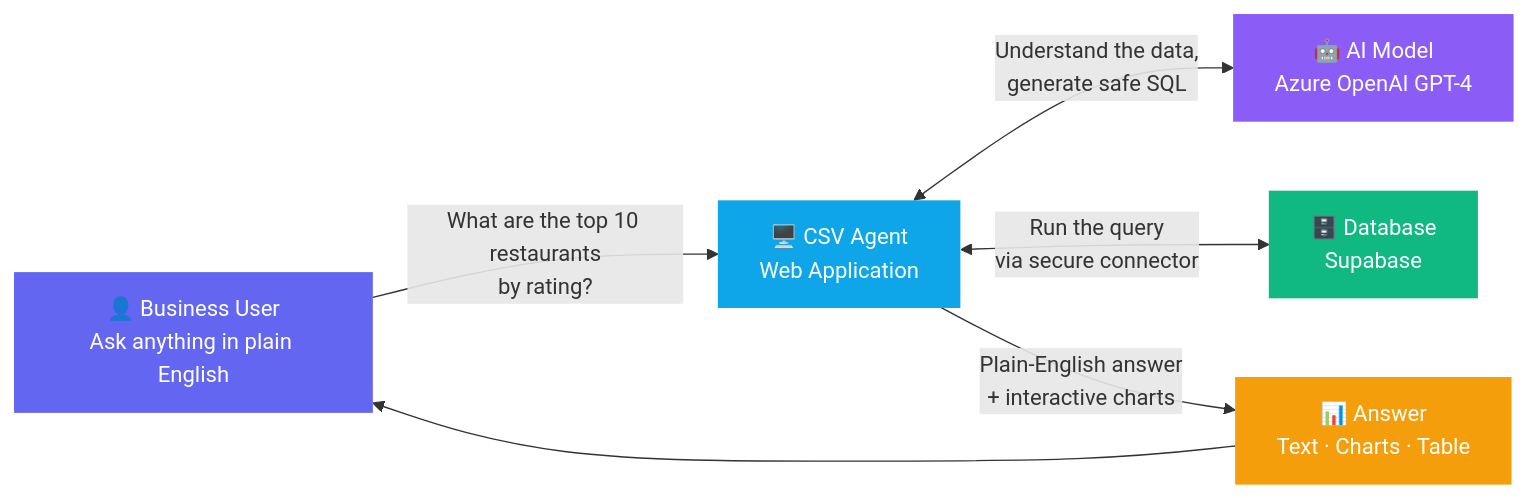
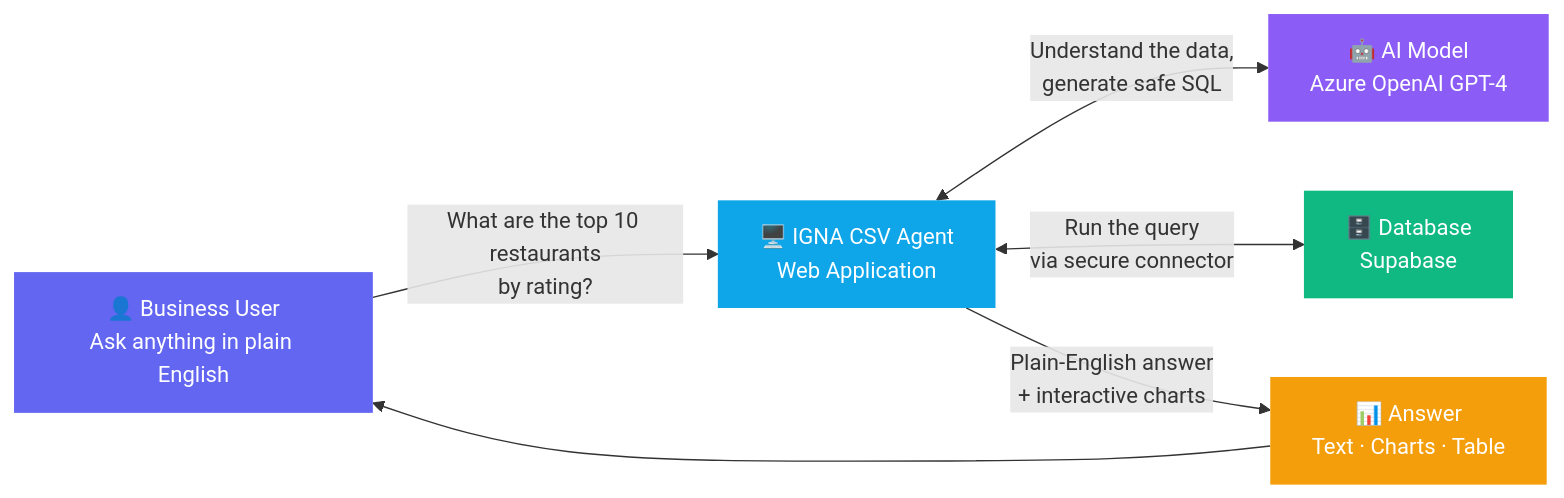
The first of 9 diagrams in CSV_Agent_Architecture.md (devangsharma-igna/csv-agent), drawn with Mermaid before and after one commit. The commit also changed other lines of this file and 6 other files, not shown here.

````diff
--- a/CSV_Agent_Architecture.md
+++ b/CSV_Agent_Architecture.md
@@ -25,20 +25,20 @@
 ```mermaid
 flowchart LR
     USER["👤 Business User\nAsk anything in plain English"]
-    APP["🖥️ CSV Agent\nWeb Application"]
+    APP["🖥️ IGNA CSV Agent\nWeb Application"]
     AI["🤖 AI Model\nAzure OpenAI GPT-4"]
     DB["🗄️ Database\nSupabase"]
     OUT["📊 Answer\nText · Charts · Table"]
 
     USER -->|"What are the top 10 restaurants\nby rating?"| APP
     APP <-->|"Understand the data,\ngenerate safe SQL"| AI
     APP <-->|"Run the query\nvia secure connector"| DB
     APP -->|"Plain-English answer\n+ interactive charts"| OUT
     OUT --> USER
 
     style USER fill:#6366f1,color:#fff,stroke:none
     style APP fill:#0ea5e9,color:#fff,stroke:none
     style AI fill:#8b5cf6,color:#fff,stroke:none
     style DB fill:#10b981,color:#fff,stroke:none
     style OUT fill:#f59e0b,color:#fff,stroke:none
 ```
````
